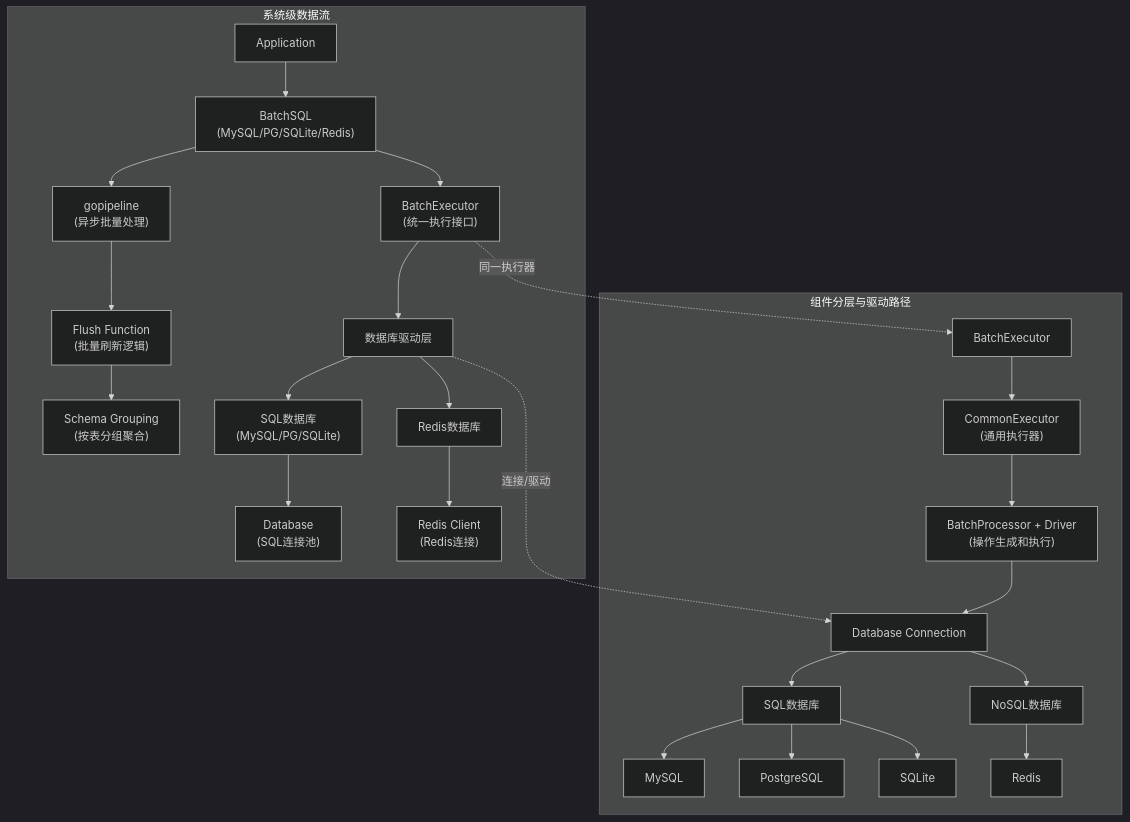
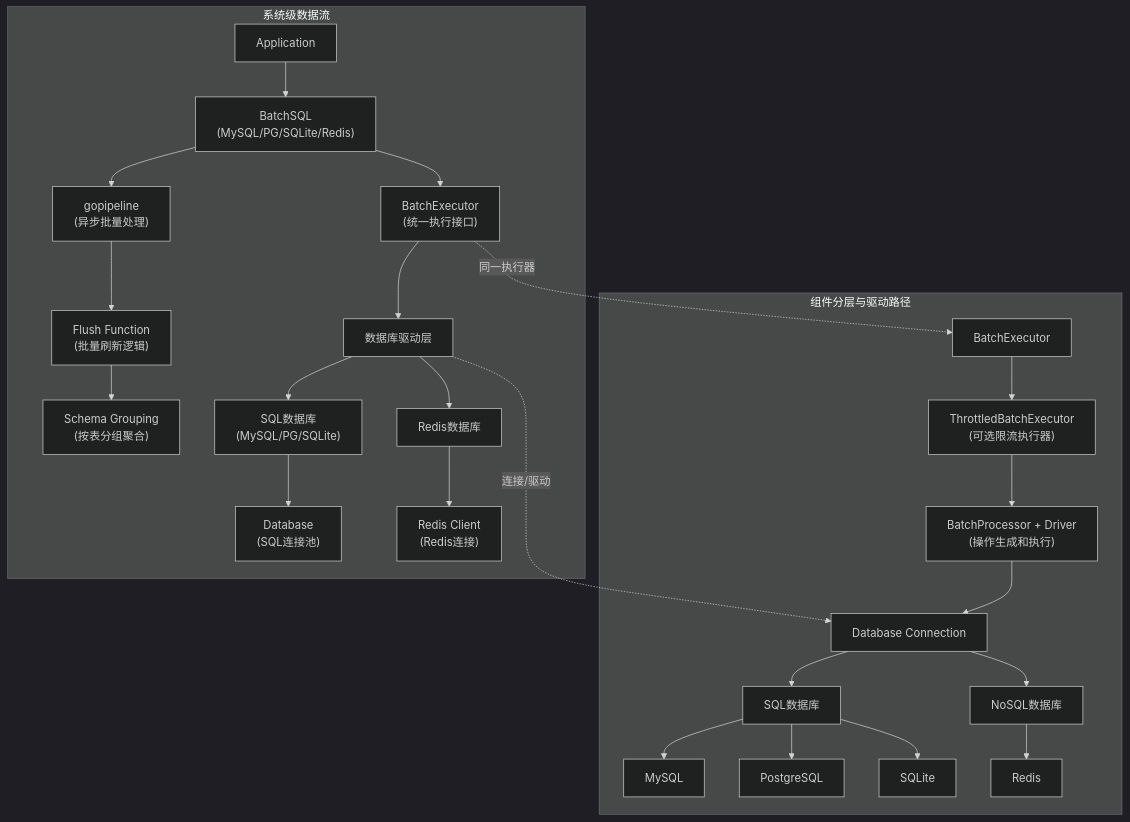
Before and after one commit to rushairer/batchsql: the diagram in README.md, drawn with Mermaid (dark theme). The commit also changed other lines of this file and 8 other files, not shown here.

````diff
--- a/README.md
+++ b/README.md
@@ -18,41 +18,41 @@
 ```mermaid
 flowchart TB
 
   %% 子图1：系统级数据流
   subgraph A0[系统级数据流]
     A1[Application] --> A2["BatchSQL<br/>(MySQL/PG/SQLite/Redis)"] --> A3["gopipeline<br/>(异步批量处理)"]
 
     A2 --> A4["BatchExecutor<br/>(统一执行接口)"]
     A3 --> A5["Flush Function<br/>(批量刷新逻辑)"]
 
     A4 --> A6[数据库驱动层]
     A5 --> A7["Schema Grouping<br/>(按表分组聚合)"]
 
     A6 --> A8["SQL数据库<br/>(MySQL/PG/SQLite)"]
     A6 --> A9[Redis数据库]
 
     A8 --> A10["Database<br/>(SQL连接池)"]
     A9 --> A11["Redis Client<br/>(Redis连接)"]
   end
 
   %% 子图2：组件分层与驱动路径
   subgraph B0[组件分层与驱动路径]
-    B1["BatchExecutor"] --> B2["CommonExecutor<br/>(通用执行器)"]
+    B1["BatchExecutor"] --> B2["ThrottledBatchExecutor<br/>(可选限流执行器)"]
     B2 --> B3["BatchProcessor + Driver<br/>(操作生成和执行)"]
     B3 --> B4["Database Connection"]
 
     %% 数据库类型分支
     B4 --> B5[SQL数据库]
     B4 --> B6[NoSQL数据库]
 
     B5 --> B51[MySQL]
     B5 --> B52[PostgreSQL]
     B5 --> B53[SQLite]
 
     B6 --> B61[Redis]
   end
 
   %% 视图之间的对应关系（虚线）
   A4 -. 同一执行器 .-> B1
   A6 -. 连接/驱动 .-> B4
 ```
````
